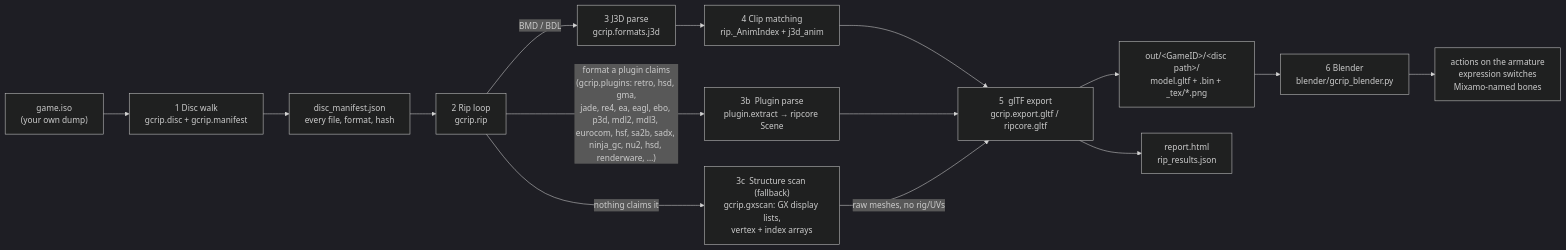
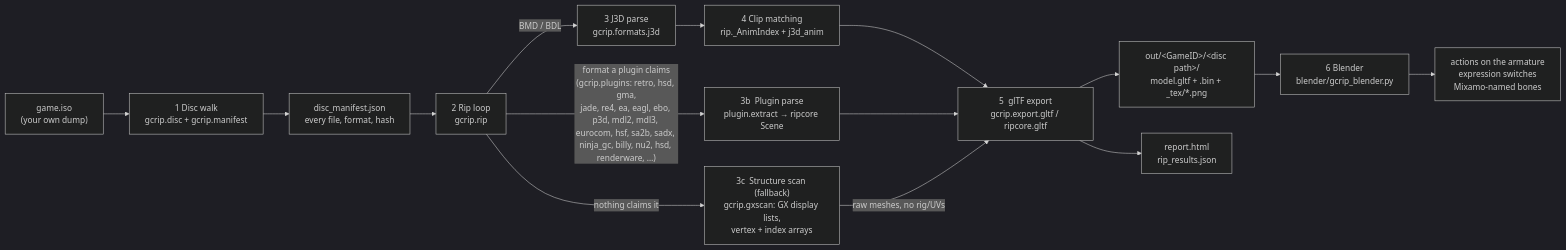
Before and after one commit to Felbs/3d-ripper-9000: the first of 9 diagrams in docs/PIPELINE.md, drawn with Mermaid (dark theme). The commit also changed other lines of this file and 1 other file, not shown here.

First line of the commit message:
docs: Billy Hatcher engine-map node, pipeline prose and Sonic Team note

````diff
--- a/docs/PIPELINE.md
+++ b/docs/PIPELINE.md
@@ -11,17 +11,17 @@
 ```mermaid
 flowchart LR
     ISO["game.iso<br/>(your own dump)"] --> WALK["1  Disc walk<br/>gcrip.disc + gcrip.manifest"]
     WALK --> MAN["disc_manifest.json<br/>every file, format, hash"]
     MAN --> RIP["2  Rip loop<br/>gcrip.rip"]
     RIP -->|"BMD / BDL"| J3D["3  J3D parse<br/>gcrip.formats.j3d"]
-    RIP -->|"format a plugin claims<br/>(gcrip.plugins: retro, hsd, gma,<br/>jade, re4, ea, eagl, ebo, p3d, mdl2, mdl3, eurocom, hsf, sa2b, sadx, ninja_gc, nu2, hsd, renderware, …)"| PLUG["3b  Plugin parse<br/>plugin.extract → ripcore Scene"]
+    RIP -->|"format a plugin claims<br/>(gcrip.plugins: retro, hsd, gma,<br/>jade, re4, ea, eagl, ebo, p3d, mdl2, mdl3, eurocom, hsf, sa2b, sadx, ninja_gc, billy, nu2, hsd, renderware, …)"| PLUG["3b  Plugin parse<br/>plugin.extract → ripcore Scene"]
     RIP -->|"nothing claims it"| GX["3c  Structure scan (fallback)<br/>gcrip.gxscan: GX display lists,<br/>vertex + index arrays"]
     J3D --> ANIM["4  Clip matching<br/>rip._AnimIndex + j3d_anim"]
     ANIM --> GLTF["5  glTF export<br/>gcrip.export.gltf / ripcore.gltf"]
     PLUG --> GLTF
     GX -->|"raw meshes, no rig/UVs"| GLTF
     GLTF --> OUT["out/&lt;GameID&gt;/&lt;disc path&gt;/<br/>model.gltf + .bin + _tex/*.png"]
     GLTF --> REP["report.html<br/>rip_results.json"]
     OUT --> BL["6  Blender<br/>blender/gcrip_blender.py"]
     BL --> PLAY["actions on the armature<br/>expression switches<br/>Mixamo-named bones"]
 ```
````
